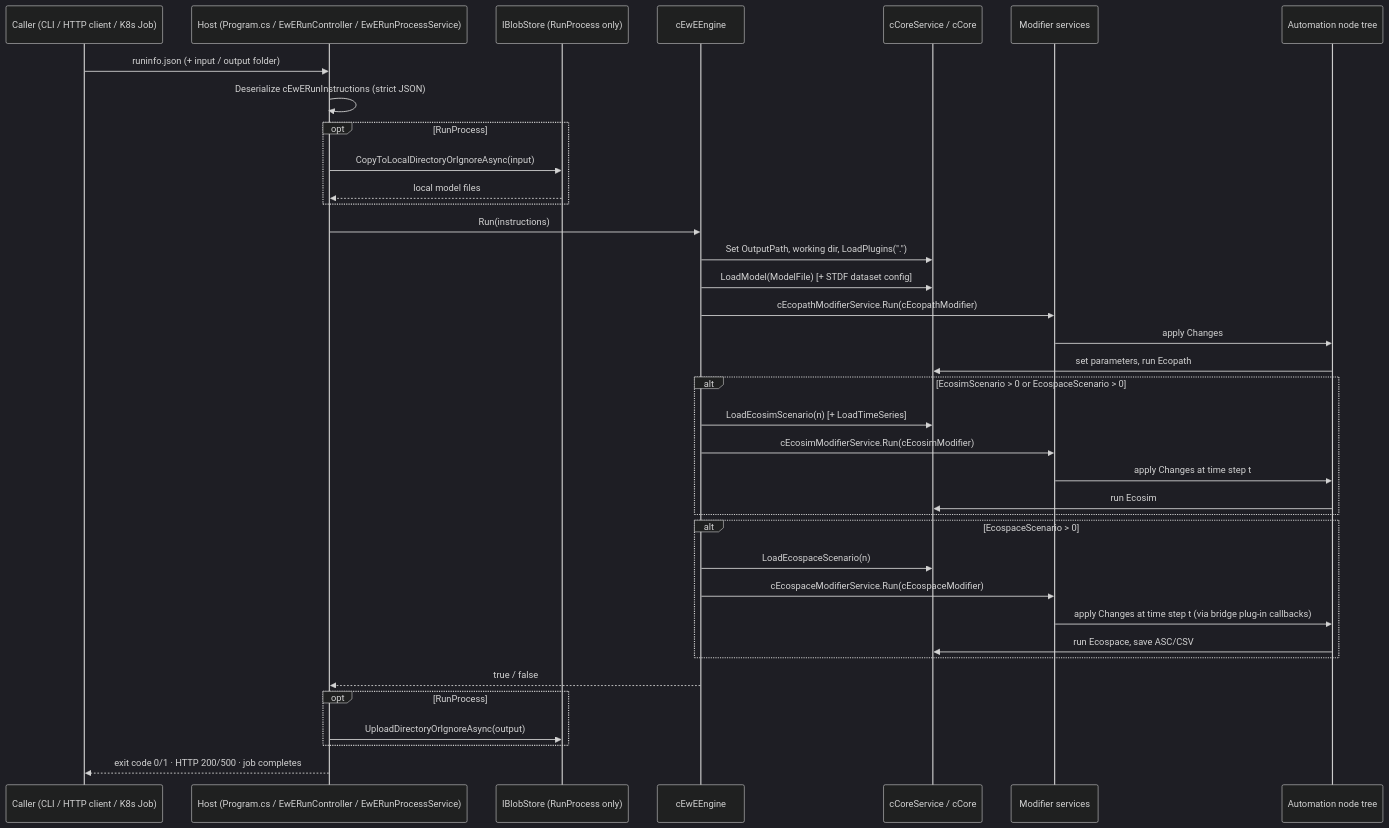
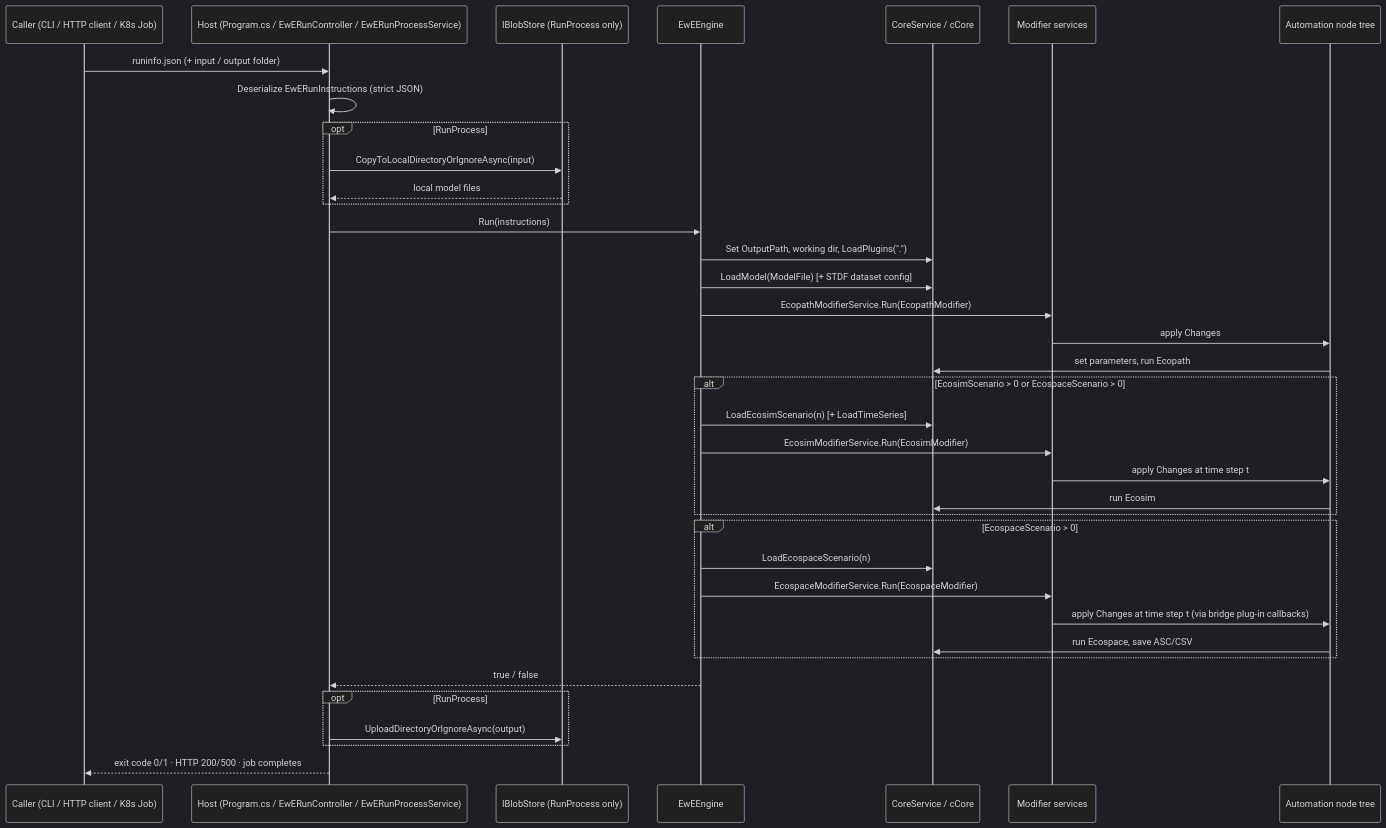
One commit to Official-EwE/Eii.Ecopath.Runner changed the fifth of 7 diagrams in Eii.Ecopath.Runner_architecture.md. Above: the diagram before and after it, drawn with Mermaid (dark theme). The commit also changed other lines of this file and 108 other files, not shown here.

````diff
--- a/Eii.Ecopath.Runner_architecture.md
+++ b/Eii.Ecopath.Runner_architecture.md
@@ -190,40 +190,40 @@
 ```mermaid
 sequenceDiagram
     participant U as Caller (CLI / HTTP client / K8s Job)
     participant H as Host (Program.cs / EwERunController / EwERunProcessService)
     participant B as IBlobStore (RunProcess only)
-    participant E as cEwEEngine
-    participant C as cCoreService / cCore
+    participant E as EwEEngine
+    participant C as CoreService / cCore
     participant M as Modifier services
     participant N as Automation node tree
 
     U->>H: runinfo.json (+ input / output folder)
-    H->>H: Deserialize cEwERunInstructions (strict JSON)
+    H->>H: Deserialize EwERunInstructions (strict JSON)
     opt RunProcess
         H->>B: CopyToLocalDirectoryOrIgnoreAsync(input)
         B-->>H: local model files
     end
     H->>E: Run(instructions)
     E->>C: Set OutputPath, working dir, LoadPlugins(".")
     E->>C: LoadModel(ModelFile) [+ STDF dataset config]
-    E->>M: cEcopathModifierService.Run(cEcopathModifier)
+    E->>M: EcopathModifierService.Run(EcopathModifier)
     M->>N: apply Changes
     N->>C: set parameters, run Ecopath
     alt EcosimScenario > 0 or EcospaceScenario > 0
         E->>C: LoadEcosimScenario(n) [+ LoadTimeSeries]
-        E->>M: cEcosimModifierService.Run(cEcosimModifier)
+        E->>M: EcosimModifierService.Run(EcosimModifier)
         M->>N: apply Changes at time step t
         N->>C: run Ecosim
     end
     alt EcospaceScenario > 0
         E->>C: LoadEcospaceScenario(n)
-        E->>M: cEcospaceModifierService.Run(cEcospaceModifier)
+        E->>M: EcospaceModifierService.Run(EcospaceModifier)
         M->>N: apply Changes at time step t (via bridge plug-in callbacks)
         N->>C: run Ecospace, save ASC/CSV
     end
     E-->>H: true / false
     opt RunProcess
         H->>B: UploadDirectoryOrIgnoreAsync(output)
     end
     H-->>U: exit code 0/1 · HTTP 200/500 · job completes
 ```
````
